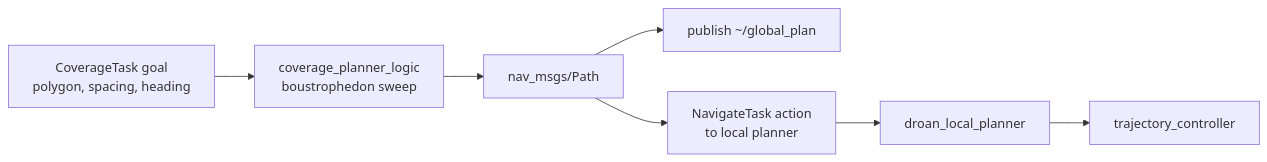
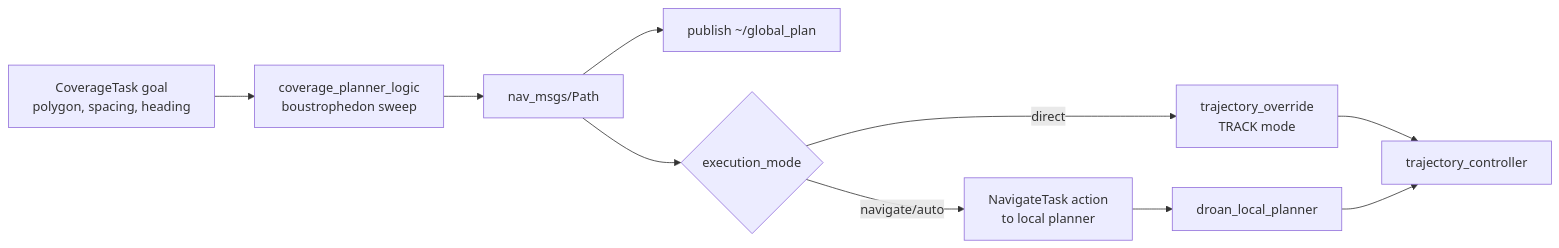
The diagram in robot/ros_ws/src/global/planners/coverage_planner/README.md (castacks/AirStack), drawn with Mermaid before and after one commit. The commit also changed other lines of this file and 11 other files, not shown here.

````diff
--- a/robot/ros_ws/src/global/planners/coverage_planner/README.md
+++ b/robot/ros_ws/src/global/planners/coverage_planner/README.md
@@ -15,9 +15,12 @@
 ```mermaid
 flowchart LR
     A[CoverageTask goal<br/>polygon, spacing, heading] --> B[coverage_planner_logic<br/>boustrophedon sweep]
     B --> C[nav_msgs/Path]
     C --> D[publish ~/global_plan]
-    C --> E[NavigateTask action<br/>to local planner]
-    E --> F[droan_local_planner]
-    F --> G[trajectory_controller]
+    C --> E{execution_mode}
+    E -->|direct| F[trajectory_override<br/>TRACK mode]
+    E -->|navigate/auto| G[NavigateTask action<br/>to local planner]
+    G --> H[droan_local_planner]
+    F --> I[trajectory_controller]
+    H --> I
 ```
````
